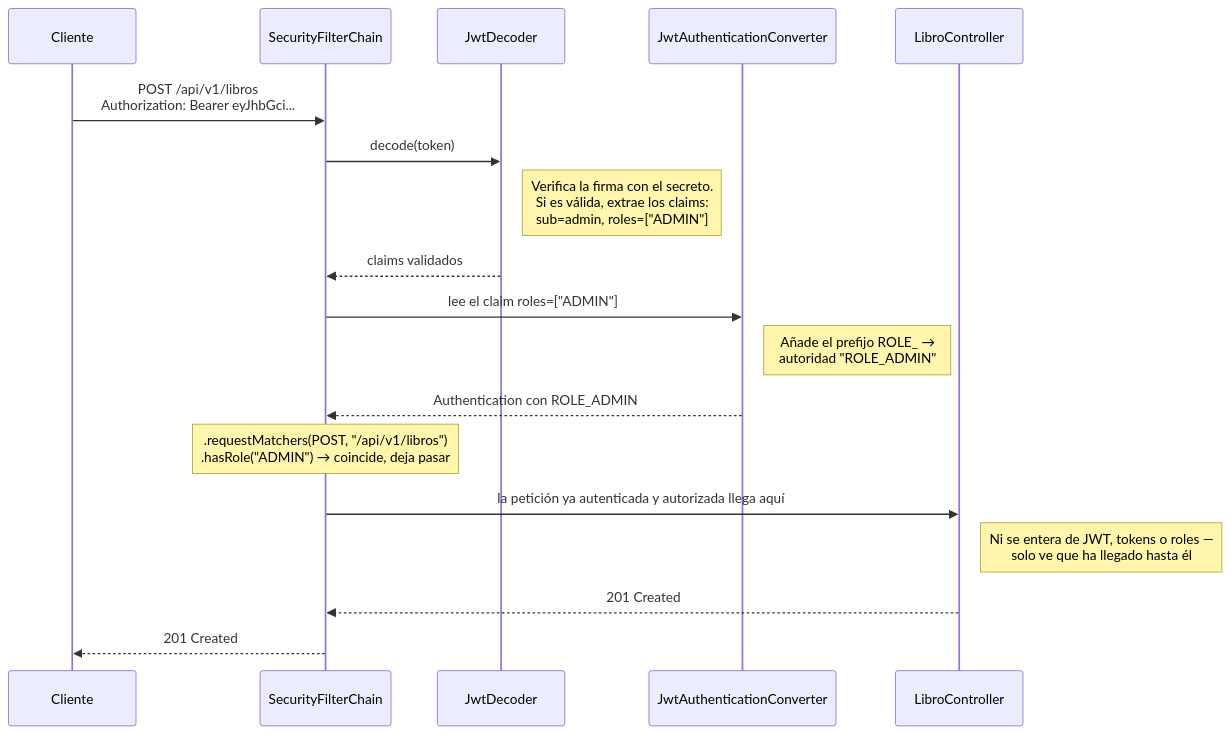
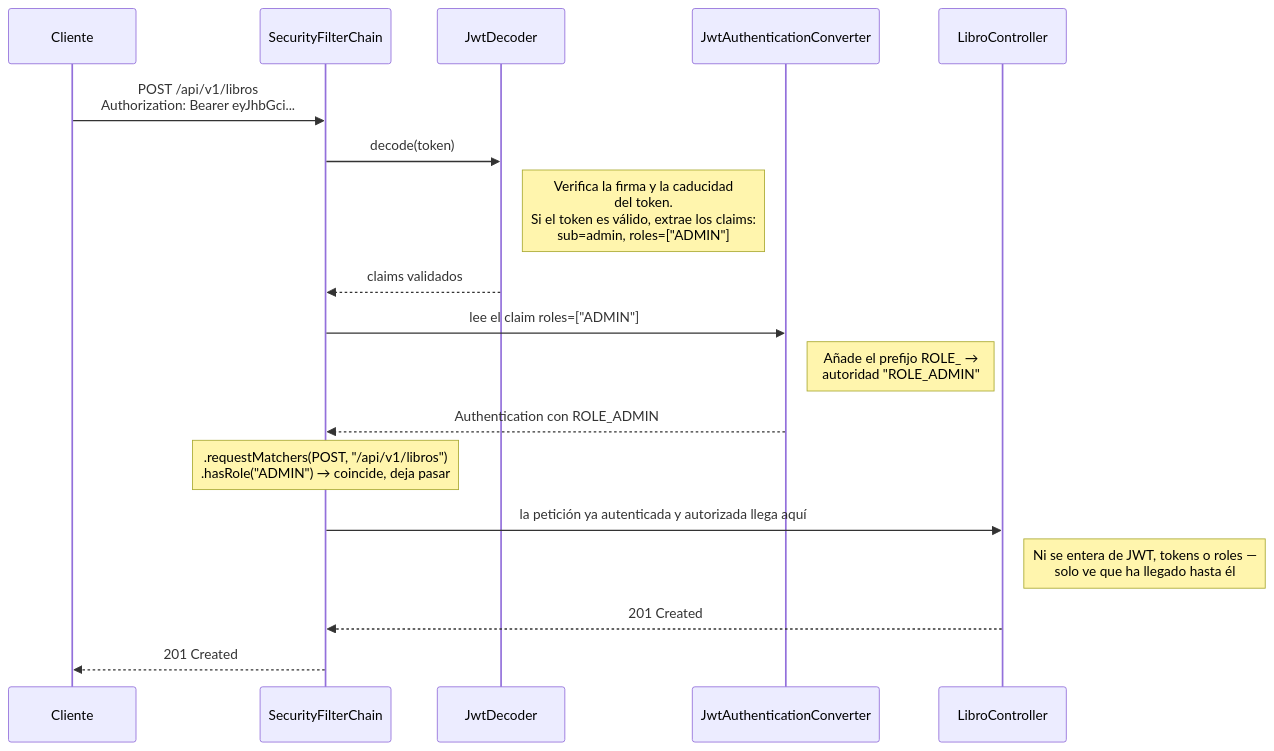
One commit to aitorventura/programacion-servicios-procesos changed the fourth of 5 diagrams in docs/tema2/autenticacion-jwt.md. Above: the diagram before and after it, drawn with Mermaid. The commit also changed other lines of this file and 9 other files, not shown here.

````diff
--- a/docs/tema2/autenticacion-jwt.md
+++ b/docs/tema2/autenticacion-jwt.md
@@ -132,21 +132,21 @@
 ```mermaid
 sequenceDiagram
     participant Cliente
     participant SecurityFilterChain
     participant JwtDecoder
     participant JwtAuthenticationConverter
     participant LibroController
 
     Cliente->>SecurityFilterChain: POST /api/v1/libros<br/>Authorization: Bearer eyJhbGci...
     SecurityFilterChain->>JwtDecoder: decode(token)
-    Note right of JwtDecoder: Verifica la firma con el secreto.<br/>Si es válida, extrae los claims:<br/>sub=admin, roles=["ADMIN"]
+    Note right of JwtDecoder: Verifica la firma y la caducidad<br/>del token.<br/>Si el token es válido, extrae los claims:<br/>sub=admin, roles=["ADMIN"]
     JwtDecoder-->>SecurityFilterChain: claims validados
     SecurityFilterChain->>JwtAuthenticationConverter: lee el claim roles=["ADMIN"]
     Note right of JwtAuthenticationConverter: Añade el prefijo ROLE_ →<br/>autoridad "ROLE_ADMIN"
     JwtAuthenticationConverter-->>SecurityFilterChain: Authentication con ROLE_ADMIN
     Note over SecurityFilterChain: .requestMatchers(POST, "/api/v1/libros")<br/>.hasRole("ADMIN") → coincide, deja pasar
     SecurityFilterChain->>LibroController: la petición ya autenticada y autorizada llega aquí
     Note right of LibroController: Ni se entera de JWT, tokens o roles —<br/>solo ve que ha llegado hasta él
     LibroController-->>SecurityFilterChain: 201 Created
     SecurityFilterChain-->>Cliente: 201 Created
 ```
````
